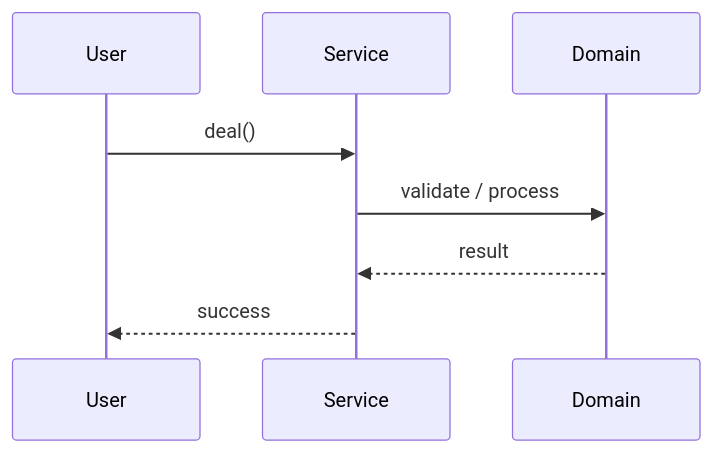
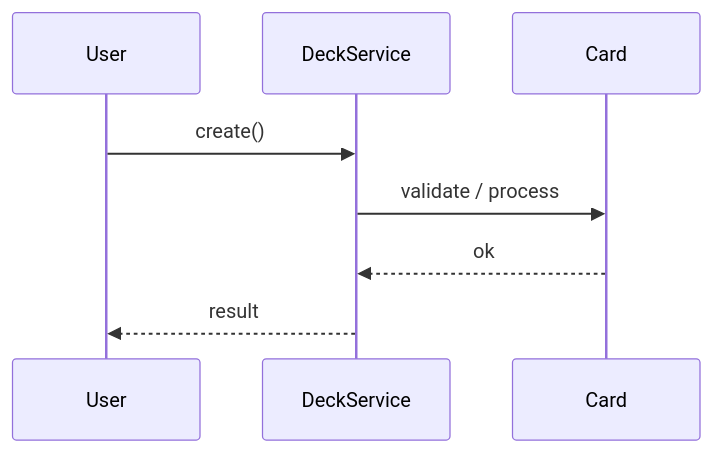
Before and after one commit to madhupaila/Interview-Prep-SSE: the second of 3 diagrams in Learn/System Design - Low Level Design/02-classic-ood/questions/Q09-deck-of-cards.md, drawn with Mermaid. The commit also changed other lines of this file and 491 other files, not shown here.

````diff
--- a/Learn/System Design - Low Level Design/02-classic-ood/questions/Q09-deck-of-cards.md
+++ b/Learn/System Design - Low Level Design/02-classic-ood/questions/Q09-deck-of-cards.md
@@ -122,10 +151,10 @@
 ```mermaid
 sequenceDiagram
-    participant U as User
-    participant S as Service
-    participant D as Domain
-    U->>S: deal()
-    S->>D: validate / process
-    D-->>S: result
-    S-->>U: success
+participant U as User
+participant S as DeckService
+participant D as Card
+U->>S: create()
+S->>D: validate / process
+D-->>S: ok
+S-->>U: result
 ```
````
